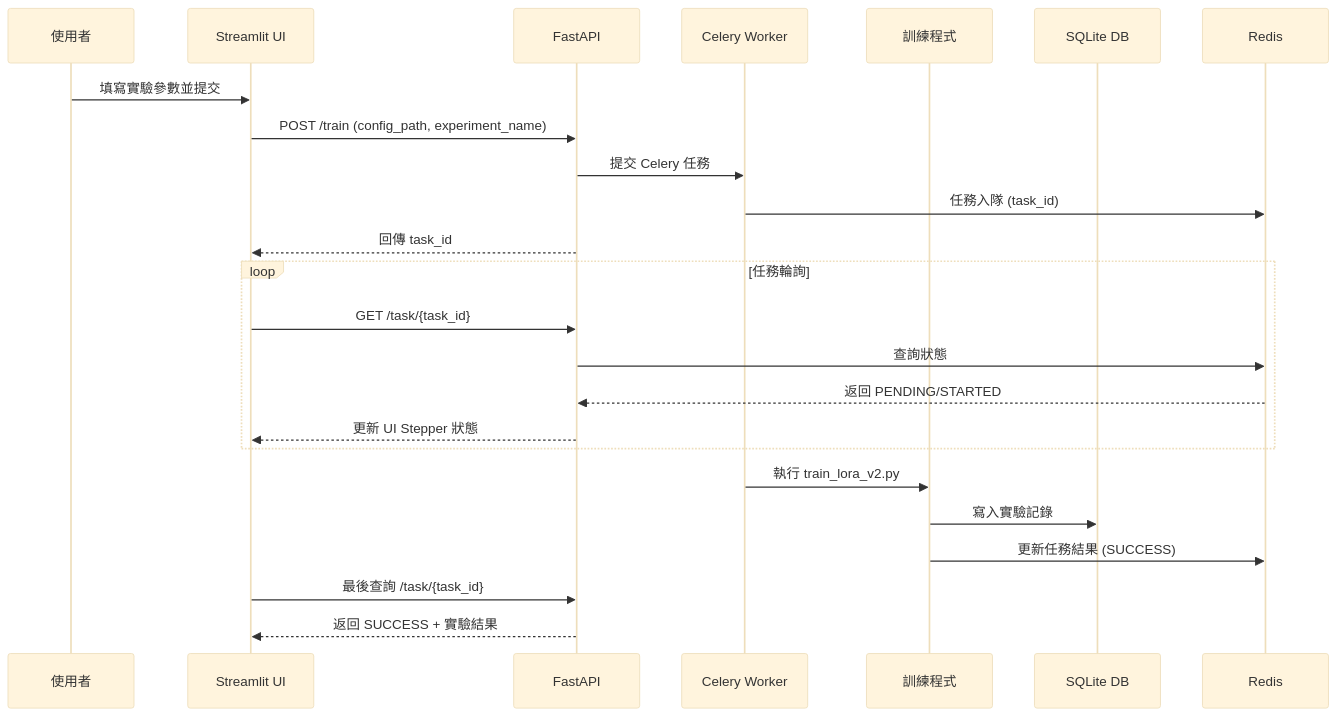
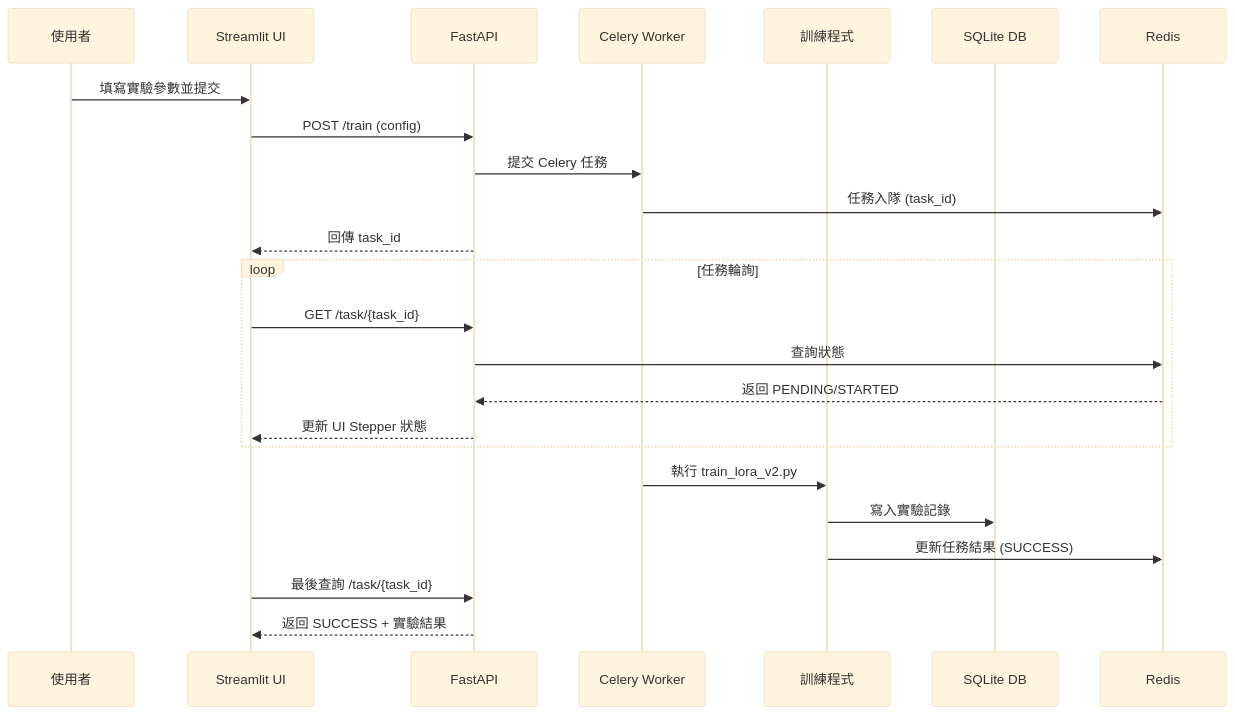
The diagram in README.md (pei9564/Finetune-30-days-demo), drawn with Mermaid (base theme) before and after one commit. The commit also changed other lines of this file and 15 other files, not shown here.

````diff
--- a/README.md
+++ b/README.md
@@ -17,29 +19,29 @@
 ```mermaid
 sequenceDiagram
     participant U as 使用者
     participant UI as Streamlit UI
     participant API as FastAPI
     participant C as Celery Worker
     participant T as 訓練程式
     participant DB as SQLite DB
     participant R as Redis
 
     U->>UI: 填寫實驗參數並提交
-    UI->>API: POST /train (config_path, experiment_name)
+    UI->>API: POST /train (config)
     API->>C: 提交 Celery 任務
     C->>R: 任務入隊 (task_id)
     API-->>UI: 回傳 task_id
 
     loop 任務輪詢
         UI->>API: GET /task/{task_id}
         API->>R: 查詢狀態
         R-->>API: 返回 PENDING/STARTED
         API-->>UI: 更新 UI Stepper 狀態
     end
 
     C->>T: 執行 train_lora_v2.py
     T->>DB: 寫入實驗記錄
     T->>R: 更新任務結果 (SUCCESS)
     UI->>API: 最後查詢 /task/{task_id}
     API-->>UI: 返回 SUCCESS + 實驗結果
 ```
````
